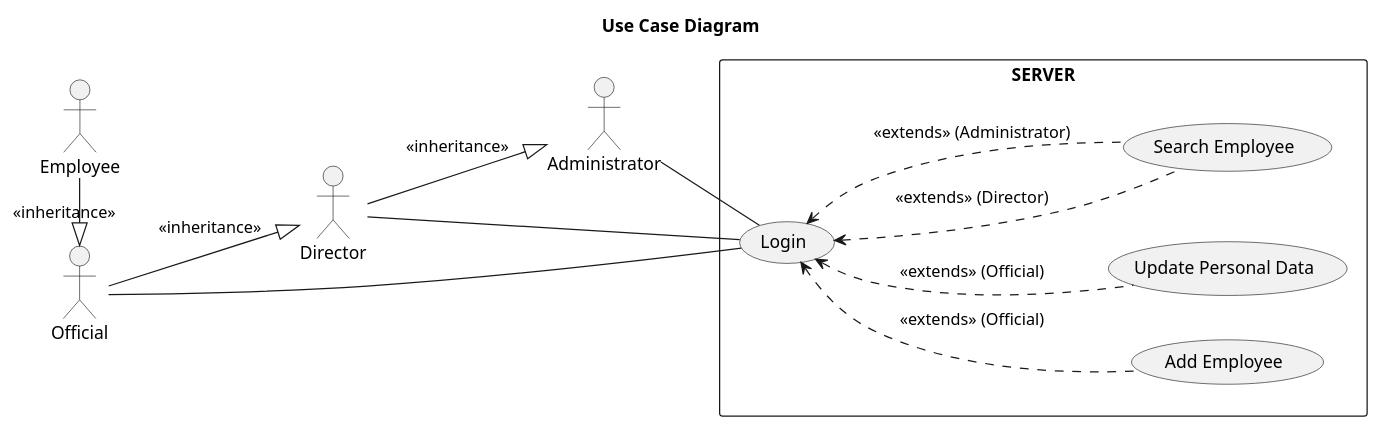
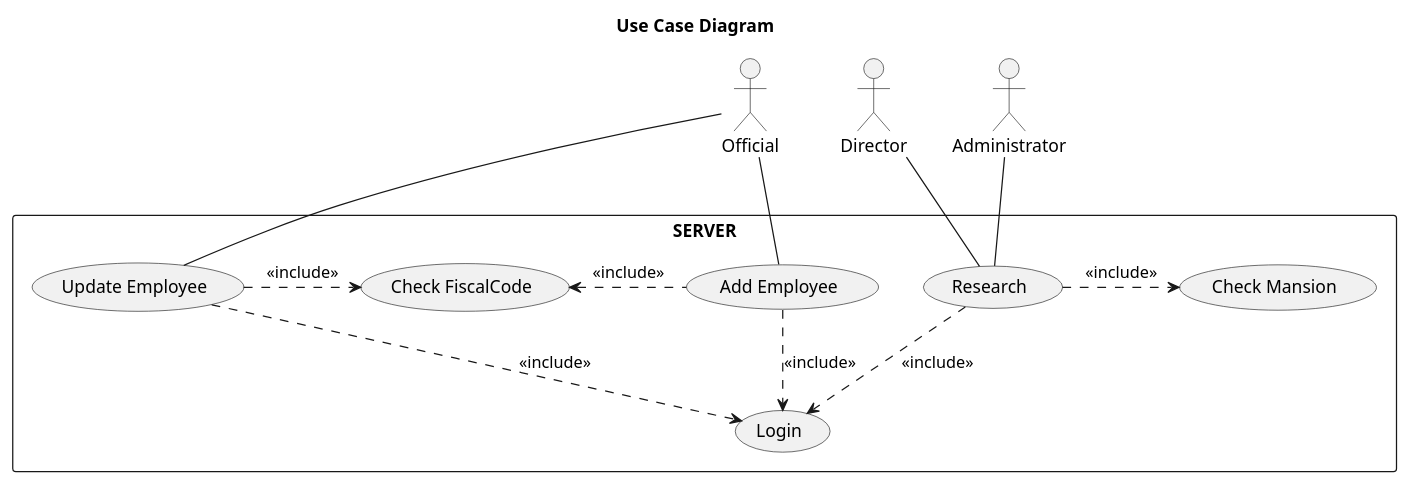
One commit to danielepelleg/software_engineering changed the diagram in Assegnamento3/src/uml/UseCaseDiagram.puml. Above: the diagram before and after it, drawn with PlantUML. The commit also changed 7 other files, not shown here.

Commit message:
Add UML Diagrams

```diff
--- a/Assegnamento3/src/uml/UseCaseDiagram.puml
+++ b/Assegnamento3/src/uml/UseCaseDiagram.puml
@@ -1,24 +1,23 @@
 @startuml
 title Use Case Diagram
 
-left to right direction
+top to bottom direction
 
 actor Administrator
 actor Official
-actor Employee
 actor Director
 
-Employee -right-|> (Official) : <<inheritance>>
-Official -down-|> (Director) : <<inheritance>>
-Director -down-|> (Administrator) : <<inheritance>>
 
 rectangle  SERVER {
-    Official -- (Login)
-    Director -- (Login)
-    Administrator -- (Login)
-    (Login) <.. (Add Employee) : <<extends>> (Official)
-    (Login) <.. (Update Personal Data) : <<extends>> (Official)
-    (Login) <.. (Search Employee) : <<extends>> (Director)
-    (Login) <.. (Search Employee) : <<extends>> (Administrator)
+    Official -- (Add Employee)
+    Official -- (Update Employee)
+    Director -- (Research)
+    Administrator -- (Research)
+    (Add Employee) ..> (Login) : <<include>>
+    (Add Employee) .left.> (Check FiscalCode) : <<include>>
+    (Update Employee) ..> (Login) : <<include>>
+    (Update Employee) .right.> (Check FiscalCode) : <<include>>
+    (Research) ..> (Login) : <<include>>
+    (Research) .> (Check Mansion) : <<include>>
 }
 @enduml
```
